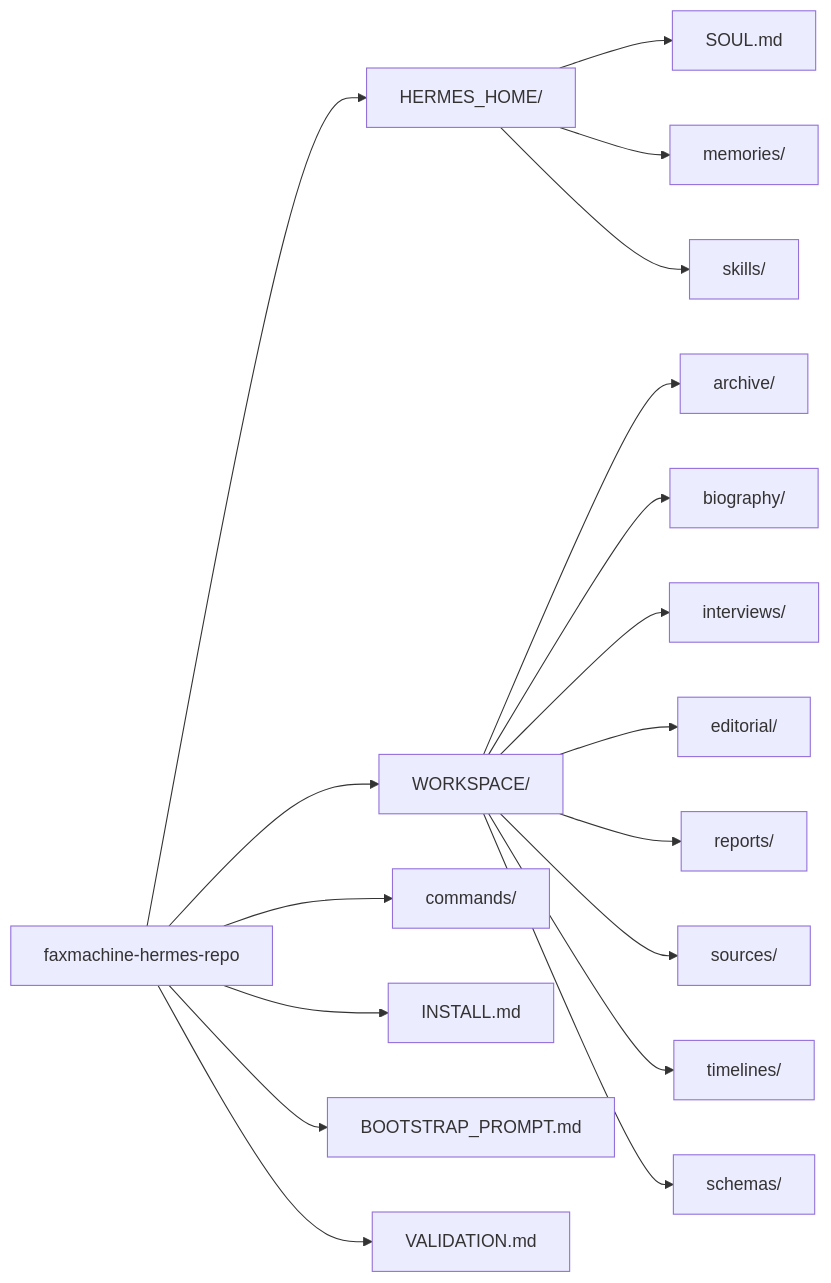
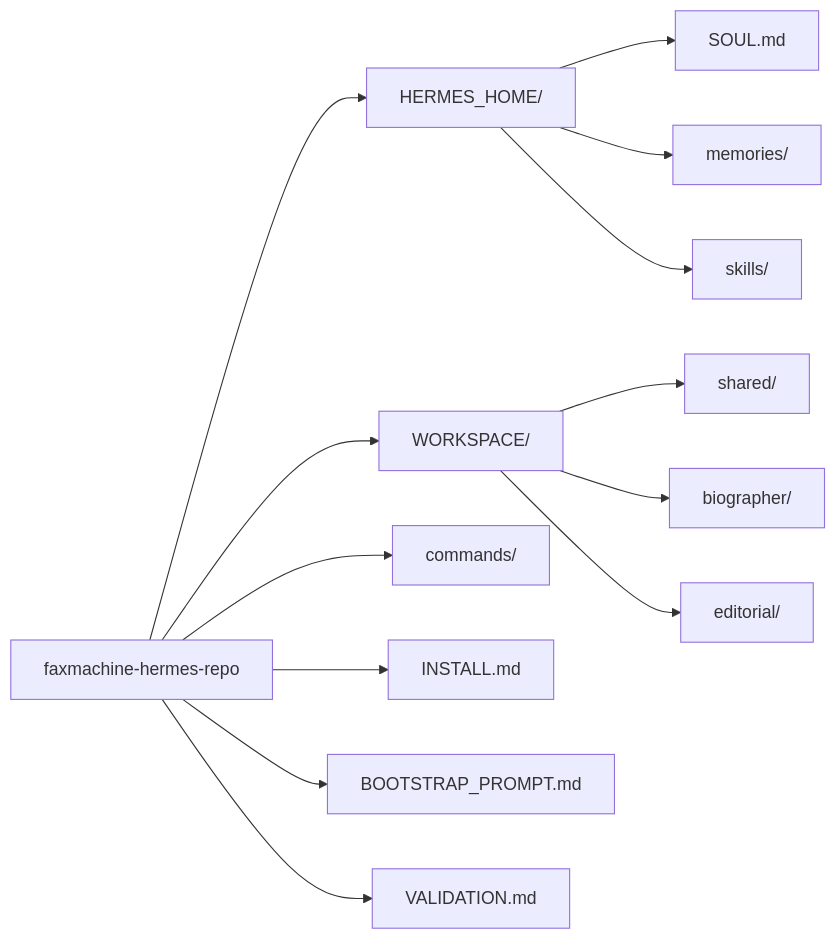
One commit to Mezee/faxmachine-hermes changed the second of 2 diagrams in README.md. Above: the diagram before and after it, drawn with Mermaid. The commit also changed other lines of this file and 20 other files, not shown here.

````diff
--- a/README.md
+++ b/README.md
@@ -131,22 +138,17 @@
 ```mermaid
 graph LR
     A["faxmachine-hermes-repo"] --> B["HERMES_HOME/"]
     A --> C["WORKSPACE/"]
     A --> D["commands/"]
     A --> E["INSTALL.md"]
     A --> F["BOOTSTRAP_PROMPT.md"]
     A --> G["VALIDATION.md"]
 
     B --> B1["SOUL.md"]
     B --> B2["memories/"]
     B --> B3["skills/"]
 
-    C --> C1["archive/"]
-    C --> C2["biography/"]
-    C --> C3["interviews/"]
-    C --> C4["editorial/"]
-    C --> C5["reports/"]
-    C --> C6["sources/"]
-    C --> C7["timelines/"]
-    C --> C8["schemas/"]
+    C --> C1["shared/"]
+    C --> C2["biographer/"]
+    C --> C3["editorial/"]
 ```
````
